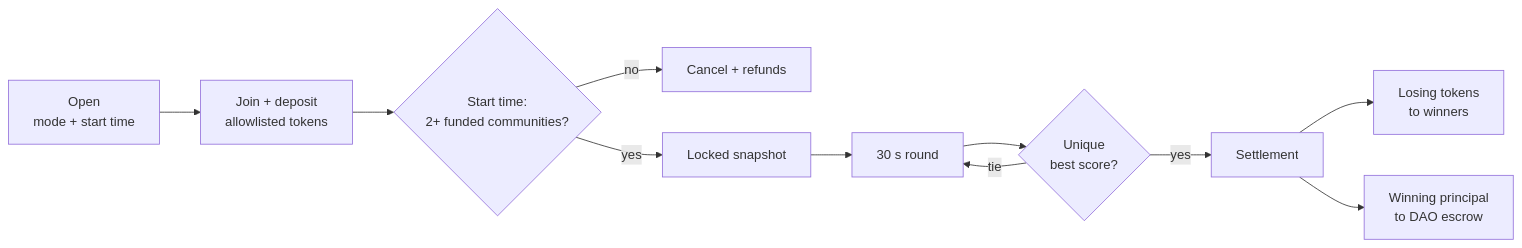
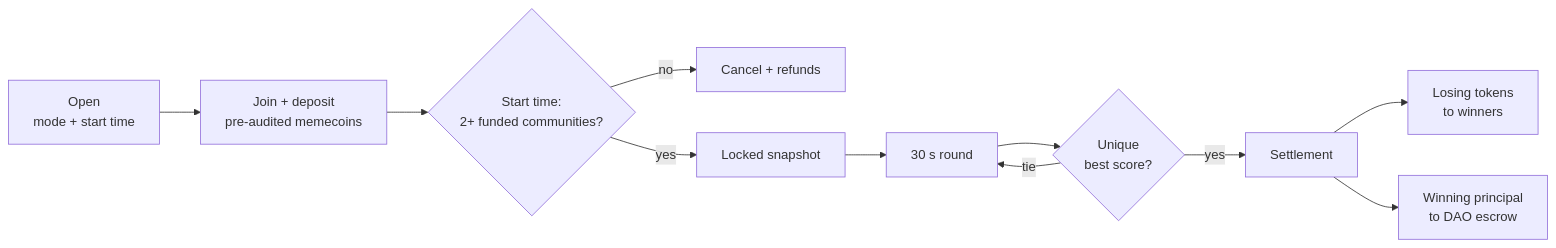
One commit to mferdinandr/valtrums changed the first of 2 diagrams in README.md. Above: the diagram before and after it, drawn with Mermaid. The commit also changed other lines of this file, not shown here.

````diff
--- a/README.md
+++ b/README.md
@@ -77,13 +144,13 @@
 ```mermaid
 flowchart LR
-    A["Open<br/>mode + start time"] --> B["Join + deposit<br/>allowlisted tokens"]
+    A["Open<br/>mode + start time"] --> B["Join + deposit<br/>pre-audited memecoins"]
     B --> C{"Start time:<br/>2+ funded communities?"}
     C -- "no" --> X["Cancel + refunds"]
     C -- "yes" --> D["Locked snapshot"]
     D --> E["30 s round"]
     E --> F{"Unique<br/>best score?"}
     F -- "tie" --> E
     F -- "yes" --> G["Settlement"]
     G --> H["Losing tokens<br/>to winners"]
     G --> I["Winning principal<br/>to DAO escrow"]
 ```
````
